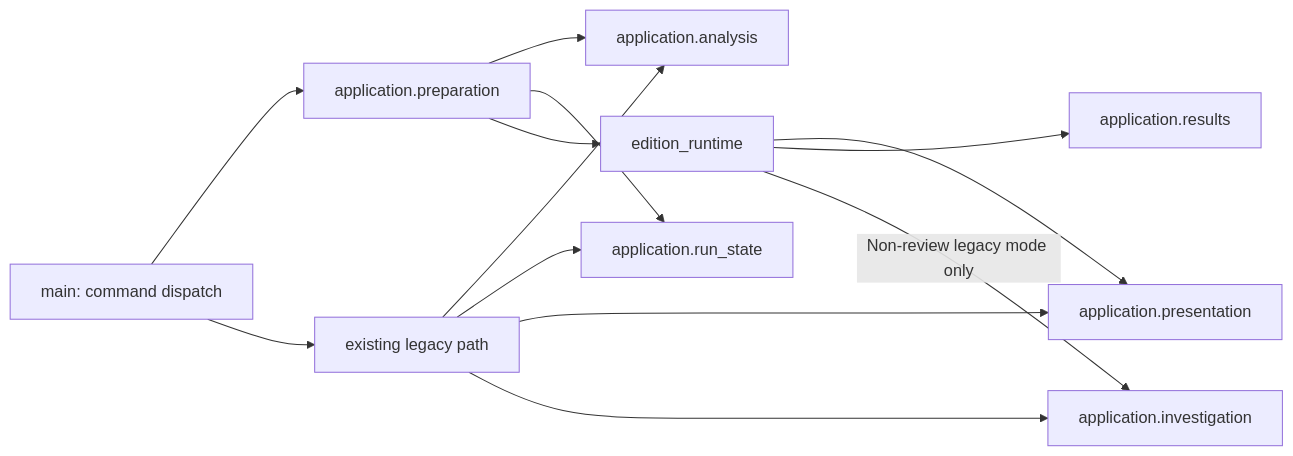
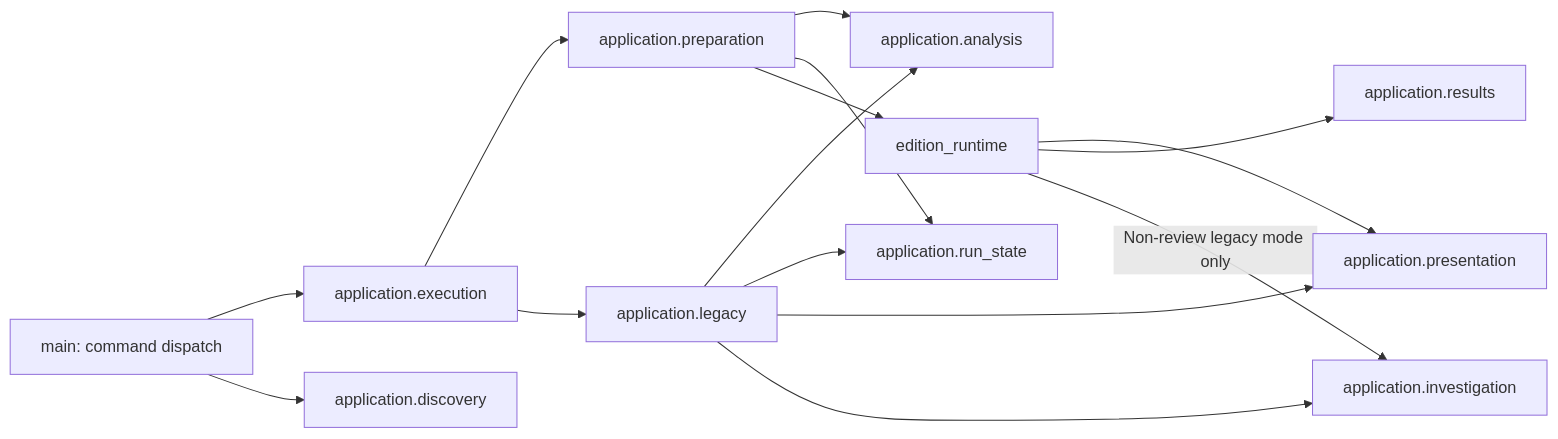
One commit to Lenivvenil/digest changed the first of 2 diagrams in docs/ARCHITECTURE.md. Above: the diagram before and after it, drawn with Mermaid. The commit also changed other lines of this file and 20 other files, not shown here.

````diff
--- a/docs/ARCHITECTURE.md
+++ b/docs/ARCHITECTURE.md
@@ -65,15 +71,17 @@
 ```mermaid
 flowchart LR
-    CLI[main: command dispatch] --> PREP[application.preparation]
-    CLI --> LEGACY[existing legacy path]
+    CLI[main: command dispatch] --> EXEC[application.execution]
+    EXEC --> PREP[application.preparation]
+    EXEC --> LEGACY[application.legacy]
+    CLI --> DISCOVERY[application.discovery]
     PREP --> ANALYSIS[application.analysis]
     PREP --> STATE[application.run_state]
     PREP --> EDITION[edition_runtime]
     EDITION --> VIEW[application.presentation]
     EDITION --> RESULT[application.results]
     LEGACY --> ANALYSIS
     LEGACY --> STATE
     LEGACY --> VIEW
     LEGACY --> INVESTIGATE[application.investigation]
     EDITION -->|Non-review legacy mode only| INVESTIGATE
 ```
````
